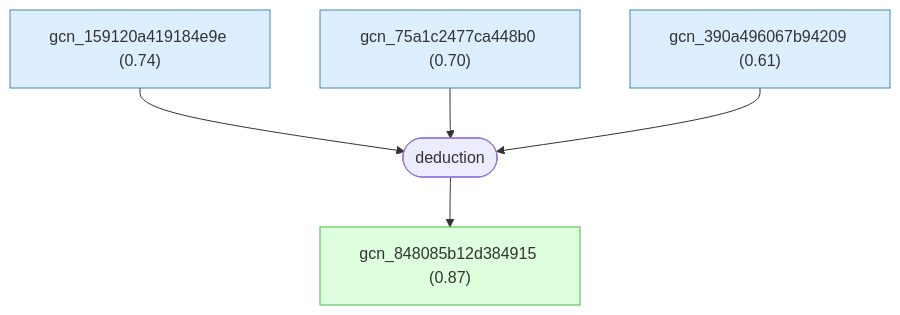
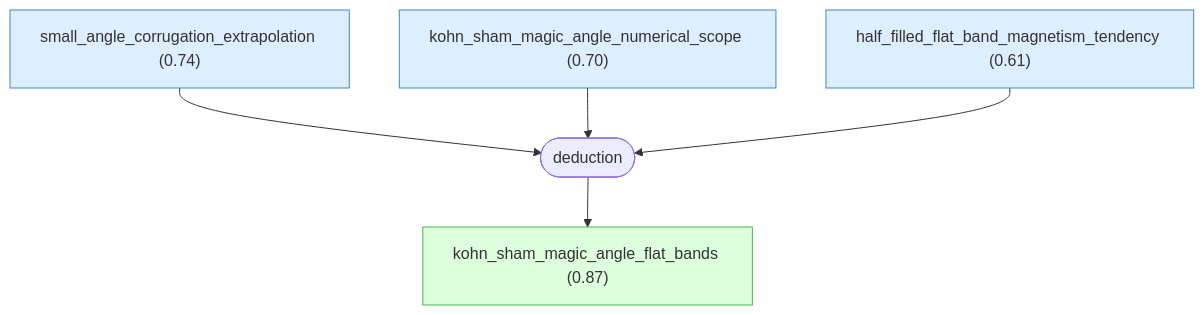
The fifth of 10 diagrams in docs/detailed-reasoning.md (Callo42/tbg-magic-angle-gaia), drawn with Mermaid before and after one commit. The commit also changed other lines of this file and 33 other files, not shown here.

````diff
--- a/docs/detailed-reasoning.md
+++ b/docs/detailed-reasoning.md
@@ -481,22 +479,22 @@
 ```mermaid
 graph TD
-    gcn_159120a419184e9e["gcn_159120a419184e9e (0.74)"]:::premise
-    gcn_75a1c2477ca448b0["gcn_75a1c2477ca448b0 (0.70)"]:::premise
-    gcn_390a496067b94209["gcn_390a496067b94209 (0.61)"]:::premise
-    gcn_848085b12d384915["gcn_848085b12d384915 (0.87)"]:::derived
+    small_angle_corrugation_extrapolation["small_angle_corrugation_extrapolation (0.74)"]:::premise
+    kohn_sham_magic_angle_numerical_scope["kohn_sham_magic_angle_numerical_scope (0.70)"]:::premise
+    half_filled_flat_band_magnetism_tendency["half_filled_flat_band_magnetism_tendency (0.61)"]:::premise
+    kohn_sham_magic_angle_flat_bands["kohn_sham_magic_angle_flat_bands (0.87)"]:::derived
     strat_4(["deduction"])
-    gcn_159120a419184e9e --> strat_4
-    gcn_75a1c2477ca448b0 --> strat_4
-    gcn_390a496067b94209 --> strat_4
-    strat_4 --> gcn_848085b12d384915
+    small_angle_corrugation_extrapolation --> strat_4
+    kohn_sham_magic_angle_numerical_scope --> strat_4
+    half_filled_flat_band_magnetism_tendency --> strat_4
+    strat_4 --> kohn_sham_magic_angle_flat_bands
 
     classDef setting fill:#f0f0f0,stroke:#999,color:#333
     classDef premise fill:#ddeeff,stroke:#4488bb,color:#333
     classDef derived fill:#ddffdd,stroke:#44bb44,color:#333
     classDef question fill:#fff3dd,stroke:#cc9944,color:#333
     classDef background fill:#f5f5f5,stroke:#bbb,stroke-dasharray: 5 5,color:#333
     classDef orphan fill:#fff,stroke:#ccc,stroke-dasharray: 5 5,color:#333
     classDef external fill:#fff,stroke:#aaa,stroke-dasharray: 3 3,color:#333
     classDef weak fill:#fff9c4,stroke:#f9a825,stroke-dasharray: 5 5,color:#333
     classDef contra fill:#ffebee,stroke:#c62828,color:#333
 ```
````
